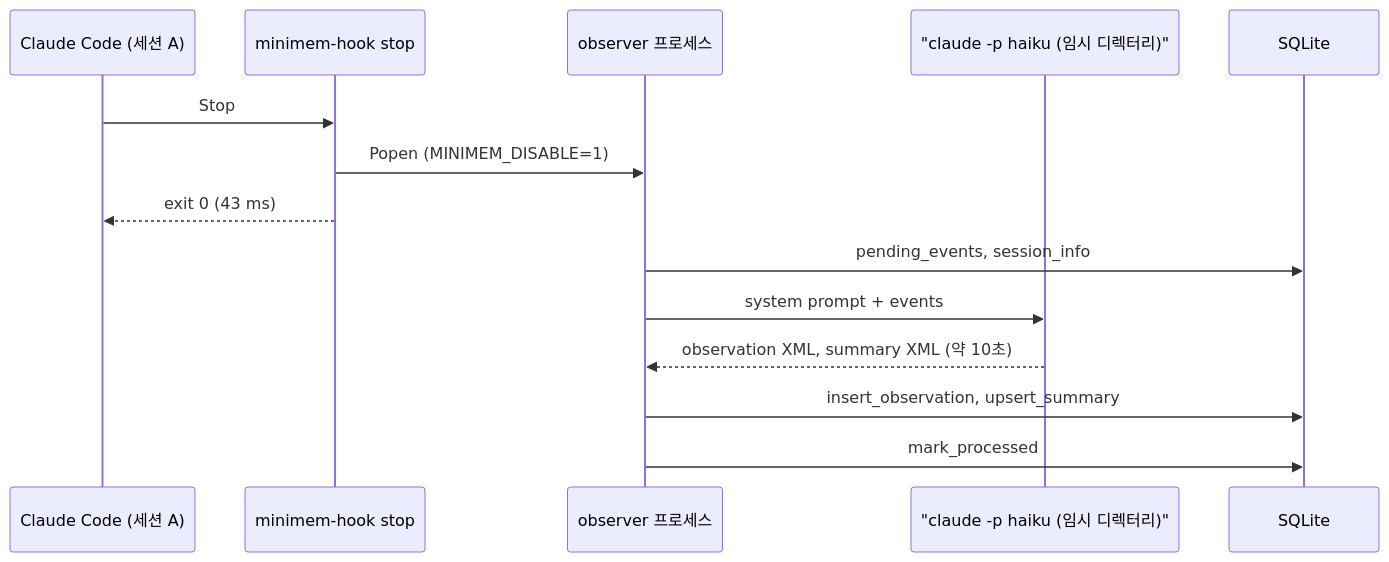
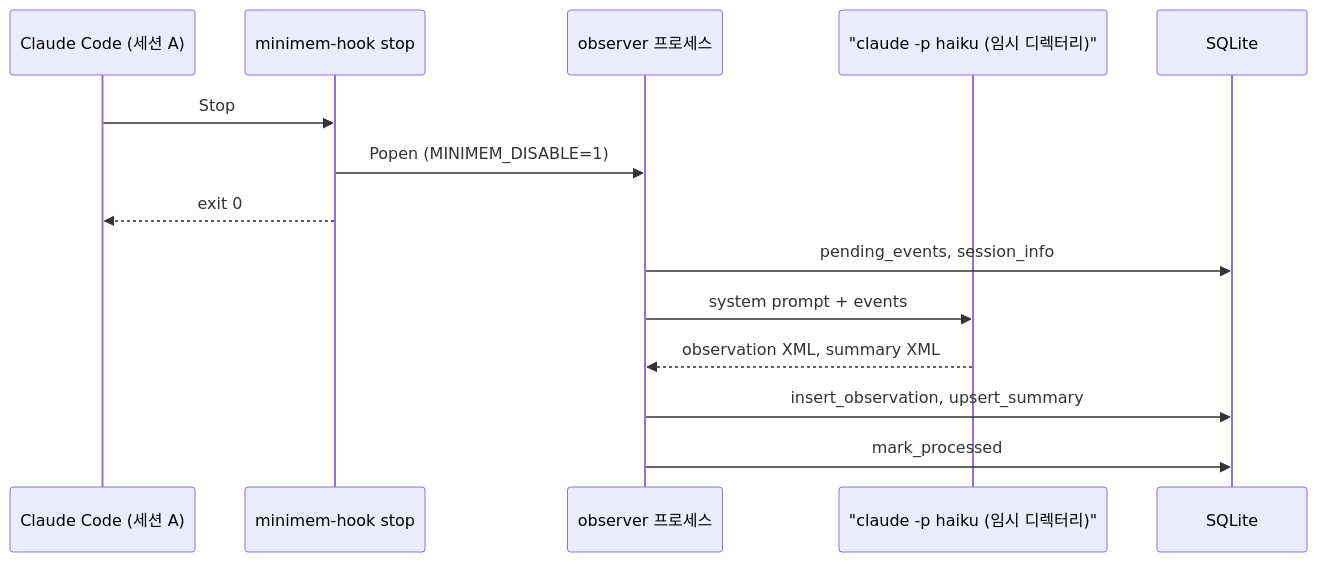
One commit to choisungwook/portfolio changed the diagram in computer_science/ai/claude-mem-agent-memory/docs/3-observer.md. Above: the diagram before and after it, drawn with Mermaid. The commit also changed other lines of this file and 48 other files, not shown here.

````diff
--- a/computer_science/ai/claude-mem-agent-memory/docs/3-observer.md
+++ b/computer_science/ai/claude-mem-agent-memory/docs/3-observer.md
@@ -84,16 +100,16 @@
 ```mermaid
 sequenceDiagram
   participant CC as Claude Code (세션 A)
   participant H as minimem-hook stop
   participant O as observer 프로세스
   participant L as "claude -p haiku (임시 디렉터리)"
   participant DB as SQLite
   CC->>H: Stop
   H->>O: Popen (MINIMEM_DISABLE=1)
-  H-->>CC: exit 0 (43 ms)
+  H-->>CC: exit 0
   O->>DB: pending_events, session_info
   O->>L: system prompt + events
-  L-->>O: observation XML, summary XML (약 10초)
+  L-->>O: observation XML, summary XML
   O->>DB: insert_observation, upsert_summary
   O->>DB: mark_processed
 ```
````
